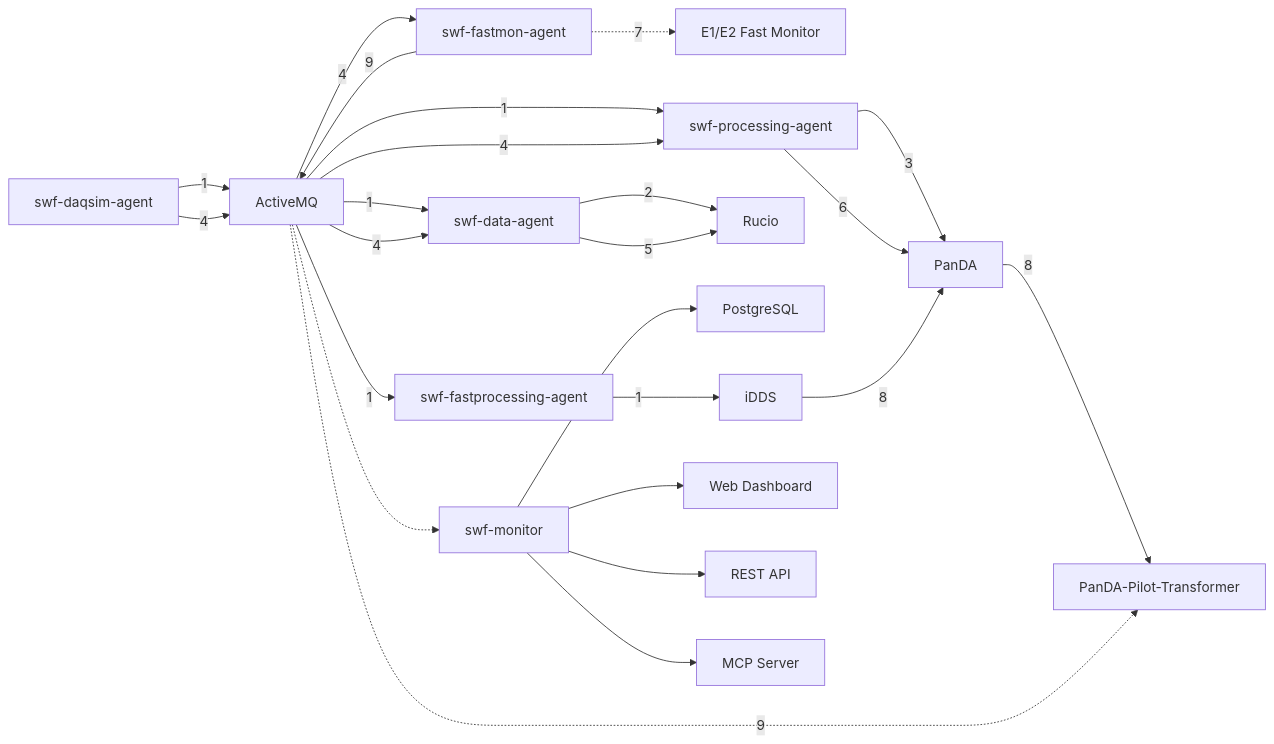
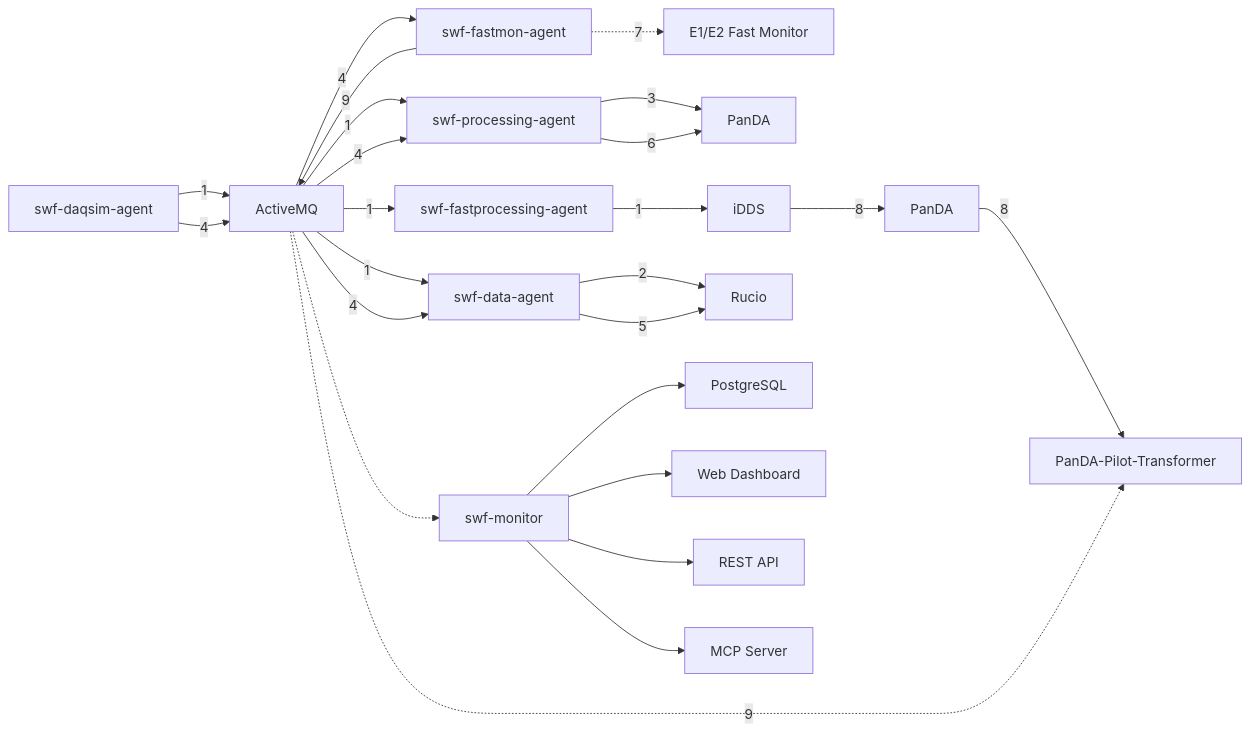
The second of 2 diagrams in swf-testbed/architecture.md (wguanicedew/documents), drawn with Mermaid before and after one commit.

Commit message:
swf architecture

````diff
--- a/swf-testbed/architecture.md
+++ b/swf-testbed/architecture.md
@@ -55,47 +55,48 @@
 ```mermaid
 graph LR
     DAQ[E1/E2 Fast Monitor]
     PanDA[PanDA]
+    PanDA1[PanDA]
     iDDS[iDDS]
     Pilot[PanDA-Pilot-Transformer]
     Rucio[Rucio]
     ActiveMQ[ActiveMQ]
     PostgreSQL[PostgreSQL]
     DAQSim[swf-daqsim-agent]
     DataAgent[swf-data-agent]
     ProcAgent[swf-processing-agent]
     FastMon[swf-fastmon-agent]
     FastProc[swf-fastprocessing-agent]
     Monitor[swf-monitor]
     WebUI[Web Dashboard]
     RestAPI[REST API]
     MCP[MCP Server]
 
     DAQSim -->|1| ActiveMQ
     ActiveMQ -->|1| DataAgent
     ActiveMQ -->|1| ProcAgent
     ActiveMQ -->|1| FastProc
     FastProc -->|1| iDDS
     DataAgent -->|2| Rucio
     ProcAgent -->|3| PanDA
 
     DAQSim -->|4| ActiveMQ
     ActiveMQ -->|4| DataAgent
     ActiveMQ -->|4| ProcAgent
     ActiveMQ -->|4| FastMon
 
     DataAgent -->|5| Rucio
     ProcAgent -->|6| PanDA
     FastMon -.->|7| DAQ
 
-    iDDS -->|8| PanDA
-    PanDA -->|8| Pilot
+    iDDS -->|8| PanDA1
+    PanDA1 -->|8| Pilot
     FastMon -->|9| ActiveMQ
     ActiveMQ -.->|9| Pilot
     
     ActiveMQ -.-> Monitor
     Monitor --> PostgreSQL
     Monitor --> WebUI
     Monitor --> RestAPI
     Monitor --> MCP
 ```
````
